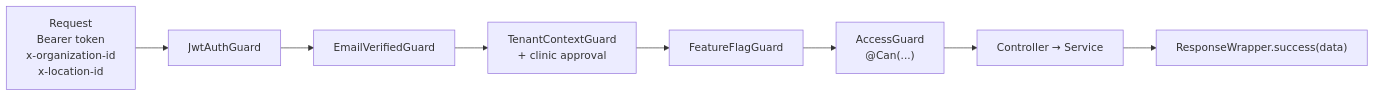
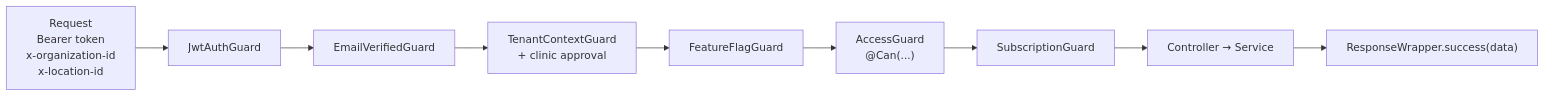
One commit to moinuddin2004/cms changed the diagram in backend/README.md. Above: the diagram before and after it, drawn with Mermaid. The commit also changed other lines of this file and 48 other files, not shown here.

````diff
--- a/backend/README.md
+++ b/backend/README.md
@@ -73,10 +83,11 @@
 ```mermaid
 flowchart LR
     REQ["Request<br/>Bearer token<br/>x-organization-id<br/>x-location-id"] --> G1["JwtAuthGuard"]
     G1 --> G2["EmailVerifiedGuard"]
     G2 --> G3["TenantContextGuard<br/>+ clinic approval"]
     G3 --> G4["FeatureFlagGuard"]
     G4 --> G5["AccessGuard<br/>@Can(...)"]
-    G5 --> C["Controller → Service"]
+    G5 --> G6["SubscriptionGuard"]
+    G6 --> C["Controller → Service"]
     C --> R["ResponseWrapper.success(data)"]
 ```
````
